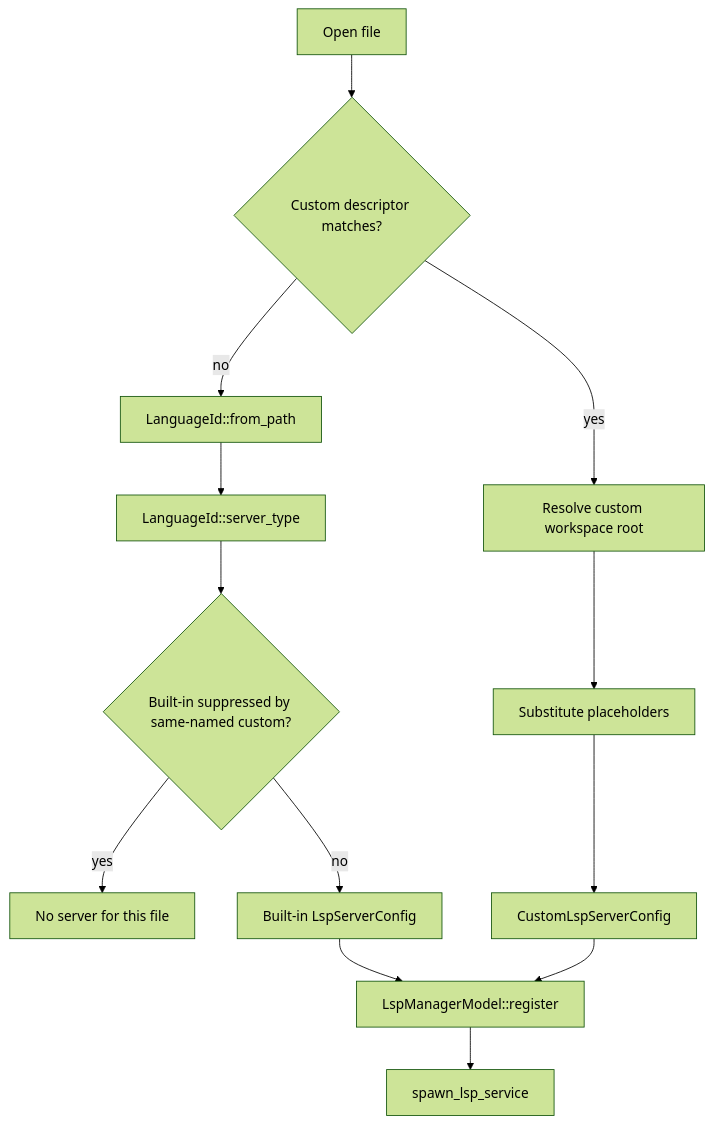
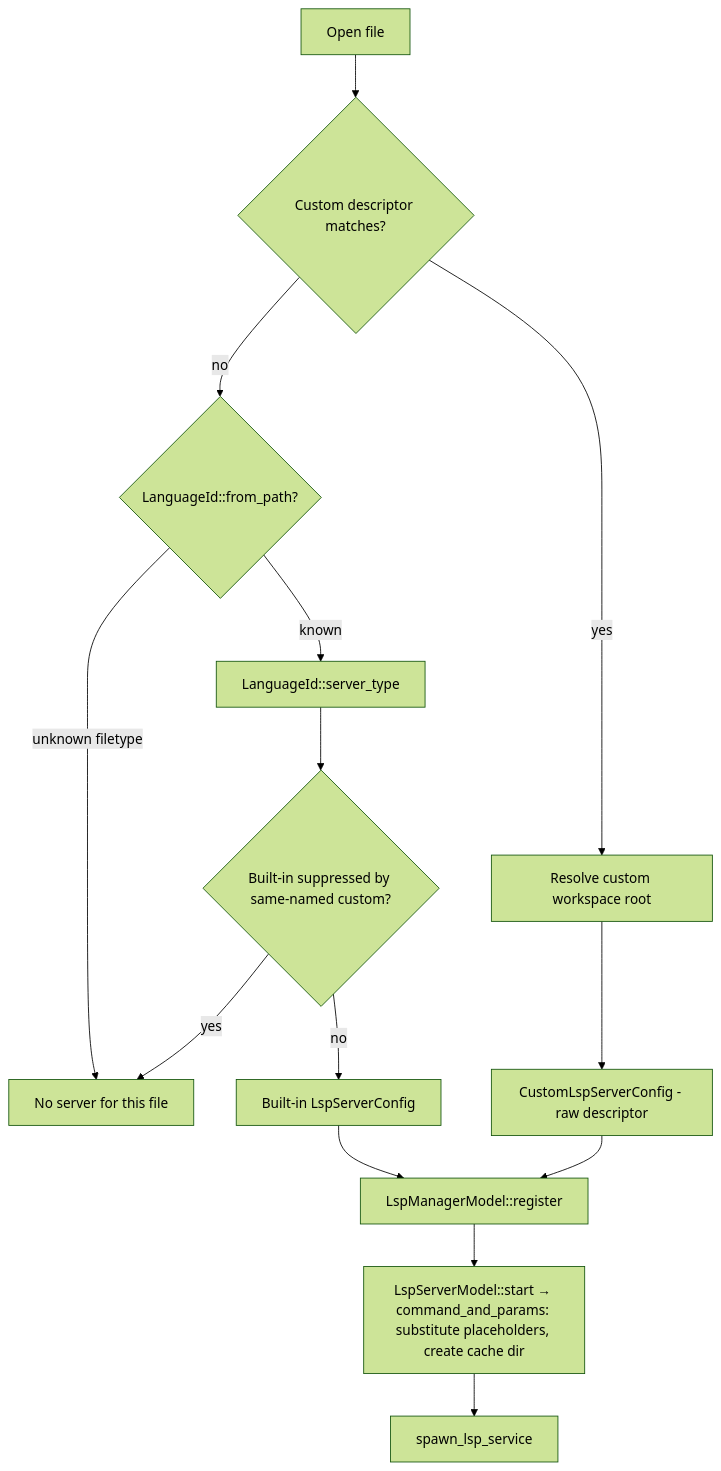
Before and after one commit to warpdotdev/warp: the diagram in specs/gh-8803/tech.md, drawn with Mermaid (forest theme). The commit also changed other lines of this file and 1 other file, not shown here.

````diff
--- a/specs/gh-8803/tech.md
+++ b/specs/gh-8803/tech.md
@@ -451,15 +452,16 @@
 ```mermaid
 flowchart TD
     A[Open file] --> B{Custom descriptor matches?}
     B -->|yes| C[Resolve custom workspace root]
-    B -->|no| D[LanguageId::from_path]
-    D --> E[LanguageId::server_type]
+    B -->|no| D{LanguageId::from_path?}
+    D -->|unknown filetype| X
+    D -->|known| E[LanguageId::server_type]
     E --> S{Built-in suppressed by same-named custom?}
     S -->|yes| X[No server for this file]
     S -->|no| F[Built-in LspServerConfig]
-    C --> G[Substitute placeholders]
-    G --> H[CustomLspServerConfig]
+    C --> H[CustomLspServerConfig - raw descriptor]
     F --> I[LspManagerModel::register]
     H --> I
-    I --> J[spawn_lsp_service]
+    I --> G[LspServerModel::start → command_and_params: substitute placeholders, create cache dir]
+    G --> J[spawn_lsp_service]
 ```
````
